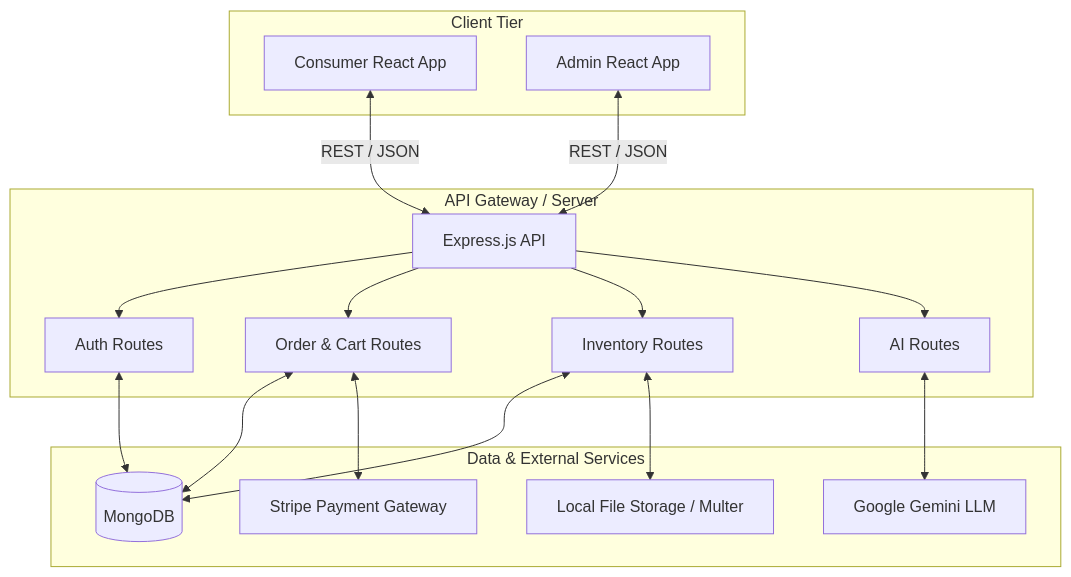
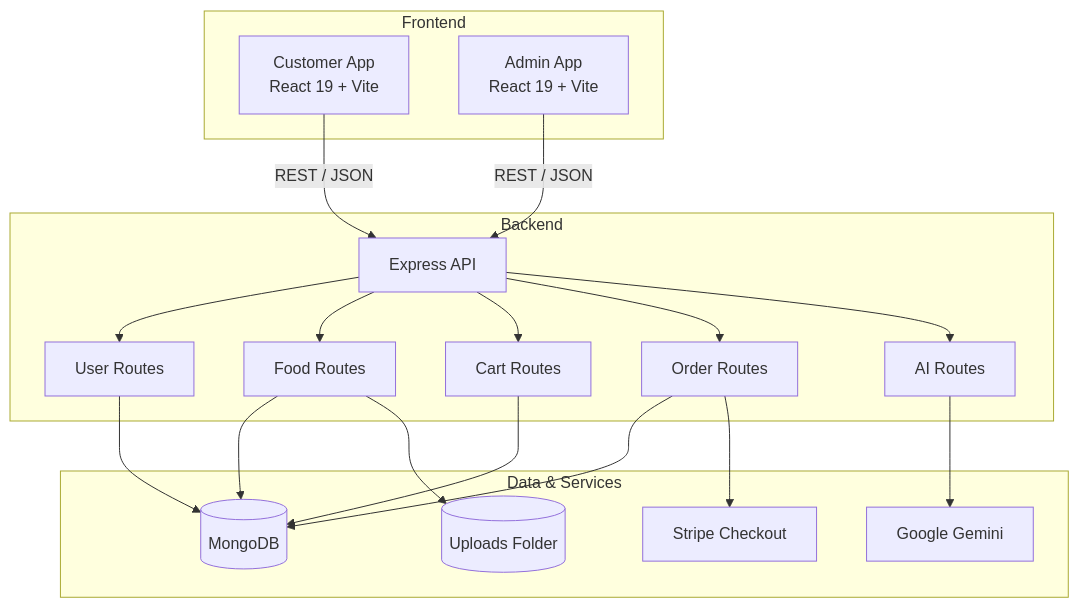
One commit to SarthakDudhe/Feasto-Food-Order-Platform changed the fourth of 5 diagrams in README.md. Above: the diagram before and after it, drawn with Mermaid. The commit also changed other lines of this file and 1 other file, not shown here.

````diff
--- a/README.md
+++ b/README.md
@@ -153,38 +242,40 @@
 ```mermaid
 graph TD
-    subgraph Client Tier
-        C[Consumer React App]
-        A[Admin React App]
+    subgraph Frontend
+        C[Customer App<br/>React 19 + Vite]
+        A[Admin App<br/>React 19 + Vite]
     end
 
-    subgraph API Gateway / Server
-        E[Express.js API]
-        R1[Auth Routes]
-        R2[Order & Cart Routes]
-        R3[Inventory Routes]
-        R4[AI Routes]
-        
-        E --> R1
-        E --> R2
-        E --> R3
-        E --> R4
+    subgraph Backend
+        E[Express API]
+        U1[User Routes]
+        F1[Food Routes]
+        C1[Cart Routes]
+        O1[Order Routes]
+        AI[AI Routes]
     end
 
-    subgraph Data & External Services
+    subgraph Data & Services
         DB[(MongoDB)]
-        S[Stripe Payment Gateway]
-        G[Google Gemini LLM]
-        FS[Local File Storage / Multer]
+        STRIPE[Stripe Checkout]
+        GEMINI[Google Gemini]
+        FILES[(Uploads Folder)]
     end
 
-    C <--> |REST / JSON| E
-    A <--> |REST / JSON| E
-    
-    R1 <--> DB
-    R2 <--> DB
-    R3 <--> DB
-    R3 <--> FS
-    
-    R2 <--> S
-    R4 <--> G
+    C -->|REST / JSON| E
+    A -->|REST / JSON| E
+
+    E --> U1
+    E --> F1
+    E --> C1
+    E --> O1
+    E --> AI
+
+    U1 --> DB
+    F1 --> DB
+    C1 --> DB
+    O1 --> DB
+    F1 --> FILES
+    O1 --> STRIPE
+    AI --> GEMINI
 ```
````
